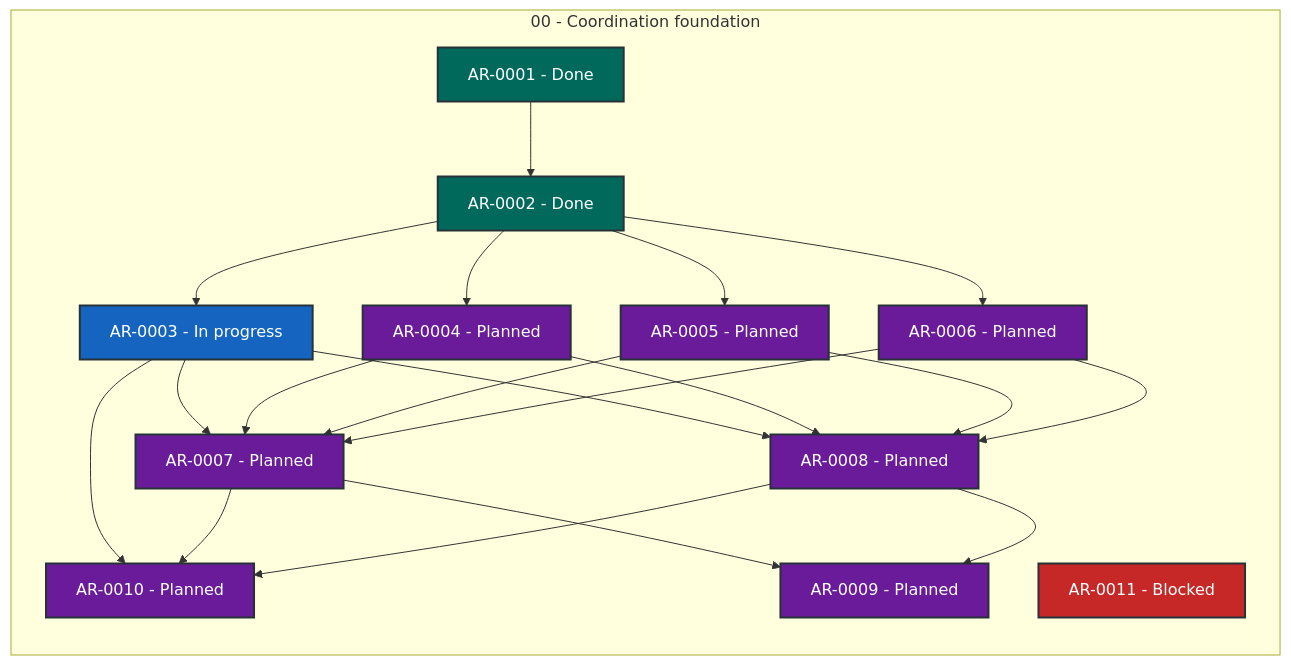
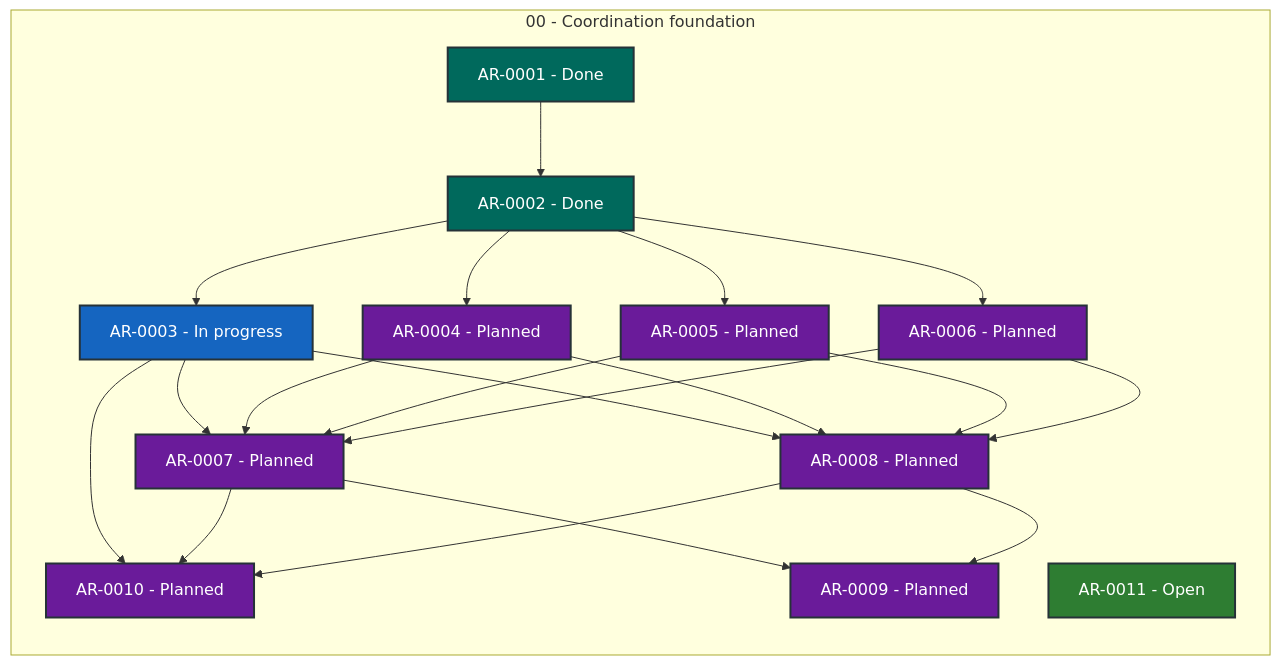
The diagram in STATUS.md (martin-beck/agent-workflow-coordinator-state), drawn with Mermaid before and after one commit. The commit also changed other lines of this file and 2 other files, not shown here.

````diff
--- a/STATUS.md
+++ b/STATUS.md
@@ -27,43 +27,43 @@
 ```mermaid
 flowchart LR
     subgraph series_00["00 - Coordination foundation"]
         direction TB
         AR_0001["AR-0001 - Done"]:::status_done
         AR_0002["AR-0002 - Done"]:::status_done
         AR_0003["AR-0003 - In progress"]:::status_in_progress
         AR_0004["AR-0004 - Planned"]:::status_planned
         AR_0005["AR-0005 - Planned"]:::status_planned
         AR_0006["AR-0006 - Planned"]:::status_planned
         AR_0007["AR-0007 - Planned"]:::status_planned
         AR_0008["AR-0008 - Planned"]:::status_planned
         AR_0009["AR-0009 - Planned"]:::status_planned
         AR_0010["AR-0010 - Planned"]:::status_planned
-        AR_0011["AR-0011 - Blocked"]:::status_blocked
+        AR_0011["AR-0011 - Open"]:::status_open
     end
     AR_0001 --> AR_0002
     AR_0002 --> AR_0003
     AR_0002 --> AR_0004
     AR_0002 --> AR_0005
     AR_0002 --> AR_0006
     AR_0003 --> AR_0007
     AR_0003 --> AR_0008
     AR_0003 --> AR_0010
     AR_0004 --> AR_0007
     AR_0004 --> AR_0008
     AR_0005 --> AR_0007
     AR_0005 --> AR_0008
     AR_0006 --> AR_0007
     AR_0006 --> AR_0008
     AR_0007 --> AR_0009
     AR_0007 --> AR_0010
     AR_0008 --> AR_0009
     AR_0008 --> AR_0010
     classDef status_in_progress fill:#1565c0,color:#ffffff,stroke:#263238,stroke-width:2px
     classDef status_open fill:#2e7d32,color:#ffffff,stroke:#263238,stroke-width:2px
     classDef status_blocked fill:#c62828,color:#ffffff,stroke:#263238,stroke-width:2px
     classDef status_planned fill:#6a1b9a,color:#ffffff,stroke:#263238,stroke-width:2px
     classDef status_future fill:#455a64,color:#ffffff,stroke:#263238,stroke-width:2px
     classDef status_done fill:#00695c,color:#ffffff,stroke:#263238,stroke-width:2px
     classDef status_cancelled fill:#616161,color:#ffffff,stroke:#263238,stroke-width:2px
     classDef status_superseded fill:#5d4037,color:#ffffff,stroke:#263238,stroke-width:2px
 ```
````
